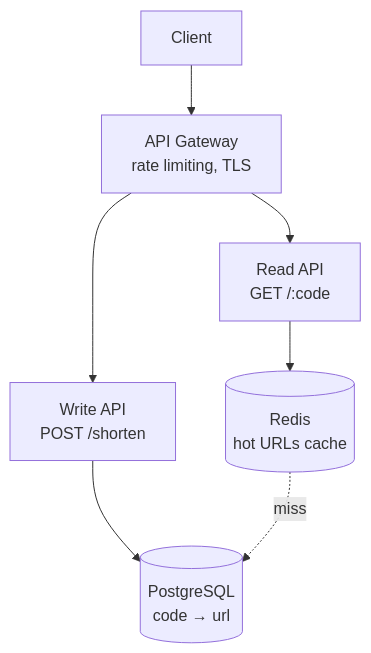
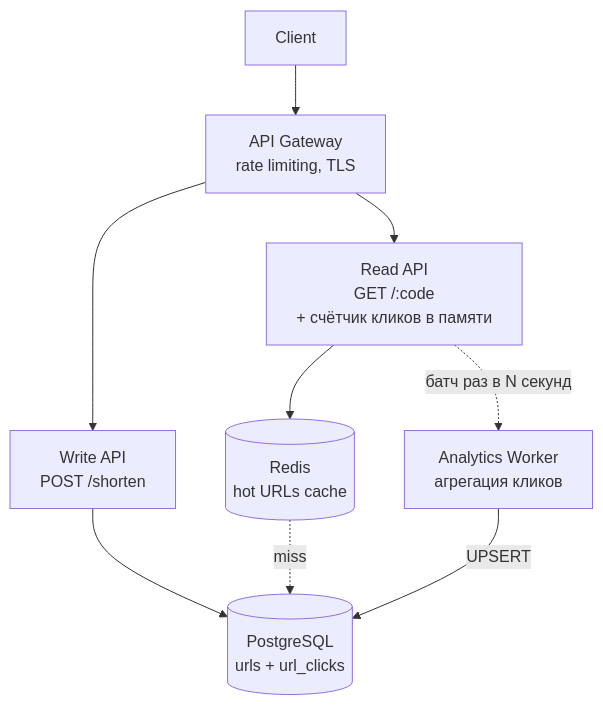
The diagram in docs/senior-golang-study/05-system-design/interview-cases/01-url-shortener.md (fev0ks/LearnGoLang), drawn with Mermaid before and after one commit. The commit also changed other lines of this file and 19 other files, not shown here.

````diff
--- a/docs/senior-golang-study/05-system-design/interview-cases/01-url-shortener.md
+++ b/docs/senior-golang-study/05-system-design/interview-cases/01-url-shortener.md
@@ -76,16 +146,19 @@
 ```mermaid
 flowchart TB
     Client[Client]
     Gateway[API Gateway<br/>rate limiting, TLS]
     WriteAPI[Write API<br/>POST /shorten]
-    ReadAPI[Read API<br/>GET /:code]
+    ReadAPI[Read API<br/>GET /:code<br/>+ счётчик кликов в памяти]
     Cache[(Redis<br/>hot URLs cache)]
-    DB[(PostgreSQL<br/>code → url)]
+    DB[(PostgreSQL<br/>urls + url_clicks)]
+    Analytics[Analytics Worker<br/>агрегация кликов]
 
     Client --> Gateway
     Gateway --> WriteAPI
     Gateway --> ReadAPI
     WriteAPI --> DB
     ReadAPI --> Cache
     Cache -.->|miss| DB
+    ReadAPI -.->|батч раз в N секунд| Analytics
+    Analytics -->|UPSERT| DB
 ```
````
